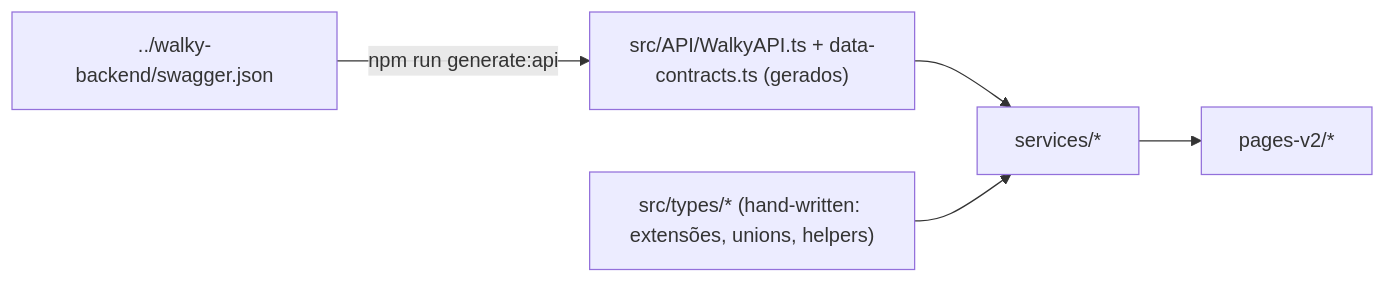
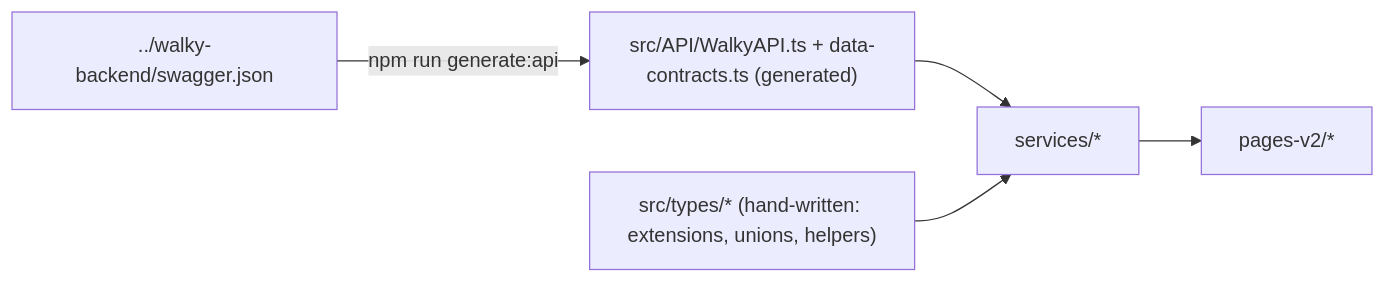
Before and after one commit to Walky-App/walky-admin: the fifth of 6 diagrams in docs/architecture.md, drawn with Mermaid. The commit also changed other lines of this file and 12 other files, not shown here.

````diff
--- a/docs/architecture.md
+++ b/docs/architecture.md
@@ -273,7 +277,7 @@
 ```mermaid
 flowchart LR
-    SW["../walky-backend/swagger.json"] -->|"npm run generate:api"| GEN["src/API/WalkyAPI.ts + data-contracts.ts (gerados)"]
+    SW["../walky-backend/swagger.json"] -->|"npm run generate:api"| GEN["src/API/WalkyAPI.ts + data-contracts.ts (generated)"]
     GEN --> SVC["services/*"]
-    HT["src/types/* (hand-written: extensões, unions, helpers)"] --> SVC
+    HT["src/types/* (hand-written: extensions, unions, helpers)"] --> SVC
     SVC --> Pages["pages-v2/*"]
 ```
````
